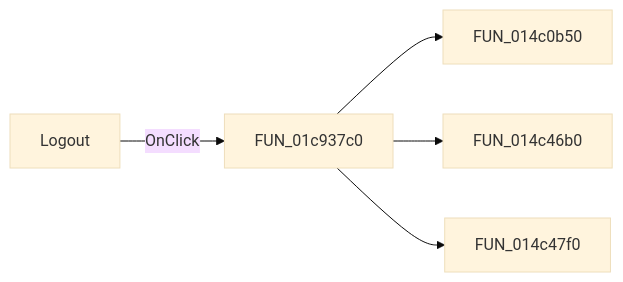
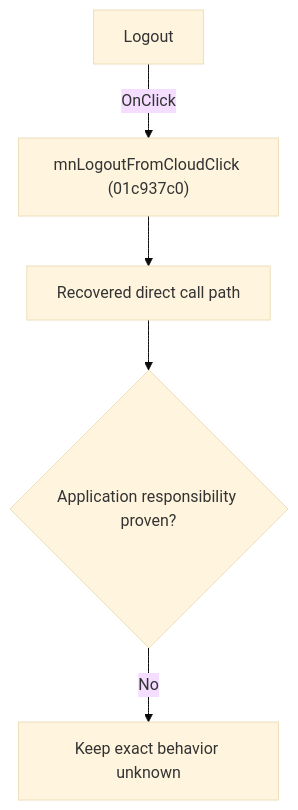
The diagram in docs/ui-controls/schematiceditor/mnlogoutfromcloud-2fbe59ff52.md (MovGP0/TIARA), drawn with Mermaid (base theme) before and after one commit. The commit also changed other lines of this file and 1062 other files, not shown here.

````diff
--- a/docs/ui-controls/schematiceditor/mnlogoutfromcloud-2fbe59ff52.md
+++ b/docs/ui-controls/schematiceditor/mnlogoutfromcloud-2fbe59ff52.md
@@ -27,7 +27,7 @@
 ```mermaid
-flowchart LR
-    control["Logout"] -->|OnClick| handler["FUN_01c937c0"]
-    handler --> call1["FUN_014c0b50"]
-    handler --> call2["FUN_014c46b0"]
-    handler --> call3["FUN_014c47f0"]
+flowchart TD
+    control["Logout"] -->|"OnClick"| handler["mnLogoutFromCloudClick (01c937c0)"]
+    handler --> recovered["Recovered direct call path"]
+    recovered --> gap{"Application responsibility proven?"}
+    gap -->|"No"| blocked["Keep exact behavior unknown"]
 ```
````
